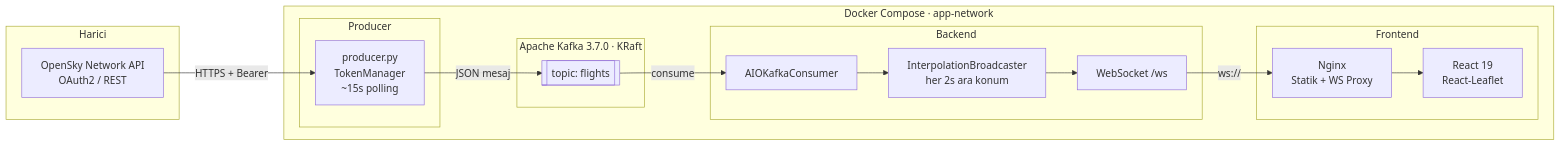
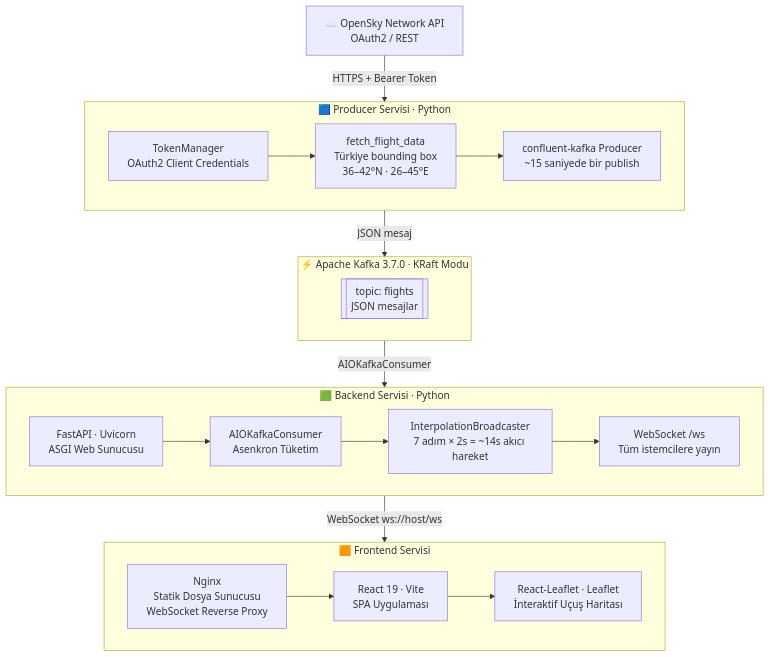
The diagram in README.md (batuhnduzgun/realtime_flight_tracker), drawn with Mermaid before and after one commit.

Commit message:
docs: tall vertical diagram with expanded node details

````diff
--- a/README.md
+++ b/README.md
@@ -9,31 +9,35 @@
 ```mermaid
-flowchart LR
-    subgraph EXT["Harici"]
-        OS["OpenSky Network API\nOAuth2 / REST"]
+flowchart TD
+    OS["☁️ OpenSky Network API\nOAuth2 / REST"]
+
+    subgraph PRD["🟦 Producer Servisi · Python"]
+        P1["TokenManager\nOAuth2 Client Credentials"]
+        P2["fetch_flight_data\nTürkiye bounding box\n36–42°N · 26–45°E"]
+        P3["confluent-kafka Producer\n~15 saniyede bir publish"]
+        P1 --> P2 --> P3
     end
 
-    subgraph DC["Docker Compose · app-network"]
-        subgraph PRD["Producer"]
-            P["producer.py\nTokenManager\n~15s polling"]
-        end
-        subgraph KFK["Apache Kafka 3.7.0 · KRaft"]
-            T[["topic: flights"]]
-        end
-        subgraph BE["Backend"]
-            C["AIOKafkaConsumer"]
-            I["InterpolationBroadcaster\nher 2s ara konum"]
-            WS["WebSocket /ws"]
-            C --> I --> WS
-        end
-        subgraph FE["Frontend"]
-            NG["Nginx\nStatik + WS Proxy"]
-            UI["React 19\nReact-Leaflet"]
-            NG --> UI
-        end
+    subgraph KFK["⚡ Apache Kafka 3.7.0 · KRaft Modu"]
+        T[["topic: flights\nJSON mesajlar"]]
     end
 
-    OS -->|HTTPS + Bearer| P
-    P -->|JSON mesaj| T
-    T -->|consume| C
-    WS -->|ws://| NG
+    subgraph BE["🟩 Backend Servisi · Python"]
+        B1["FastAPI · Uvicorn\nASGI Web Sunucusu"]
+        B2["AIOKafkaConsumer\nAsenkron Tüketim"]
+        B3["InterpolationBroadcaster\n7 adım × 2s = ~14s akıcı hareket"]
+        B4["WebSocket /ws\nTüm istemcilere yayın"]
+        B1 --> B2 --> B3 --> B4
+    end
+
+    subgraph FE["🟧 Frontend Servisi"]
+        F1["Nginx\nStatik Dosya Sunucusu\nWebSocket Reverse Proxy"]
+        F2["React 19 · Vite\nSPA Uygulaması"]
+        F3["React-Leaflet · Leaflet\nİnteraktif Uçuş Haritası"]
+        F1 --> F2 --> F3
+    end
+
+    OS -->|"HTTPS + Bearer Token"| PRD
+    PRD -->|"JSON mesaj"| KFK
+    KFK -->|"AIOKafkaConsumer"| BE
+    BE -->|"WebSocket ws://host/ws"| FE
 ```
````
